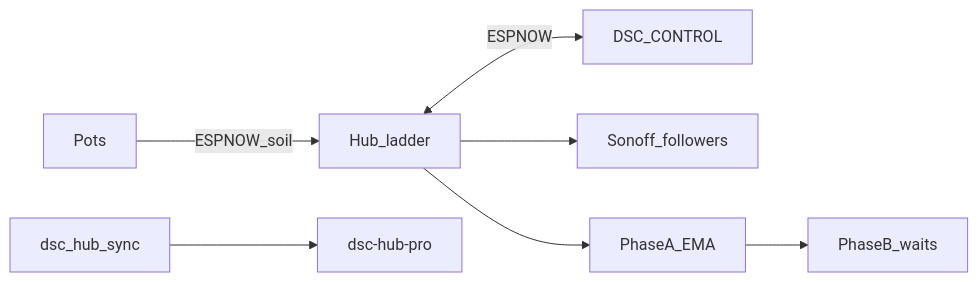
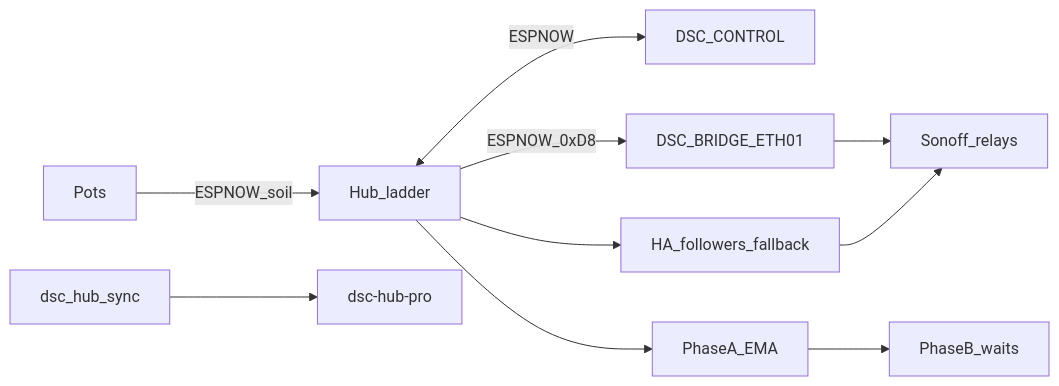
One commit to weddas/DSC-HUB changed the diagram in README.md. Above: the diagram before and after it, drawn with Mermaid. The commit also changed other lines of this file and 2207 other files, not shown here.

````diff
--- a/README.md
+++ b/README.md
@@ -30,8 +31,11 @@
 ```mermaid
 flowchart LR
   Hub[Hub_ladder] <-->|ESPNOW| Panel[DSC_CONTROL]
   Pots[Pots] -->|ESPNOW_soil| Hub
-  Hub --> Followers[Sonoff_followers]
+  Hub -->|ESPNOW_0xD8| Bridge[DSC_BRIDGE_ETH01]
+  Bridge --> Sonoffs[Sonoff_relays]
+  Hub --> Followers[HA_followers_fallback]
+  Followers --> Sonoffs
   Hub --> LearnA[PhaseA_EMA] --> LearnB[PhaseB_waits]
   Sync[dsc_hub_sync] --> Pro[dsc-hub-pro]
 ```
````
